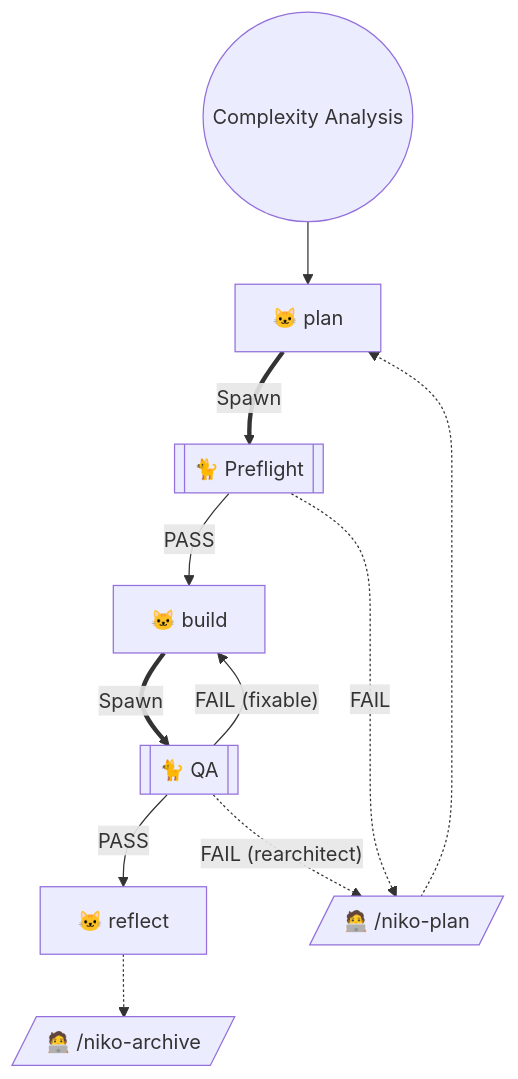
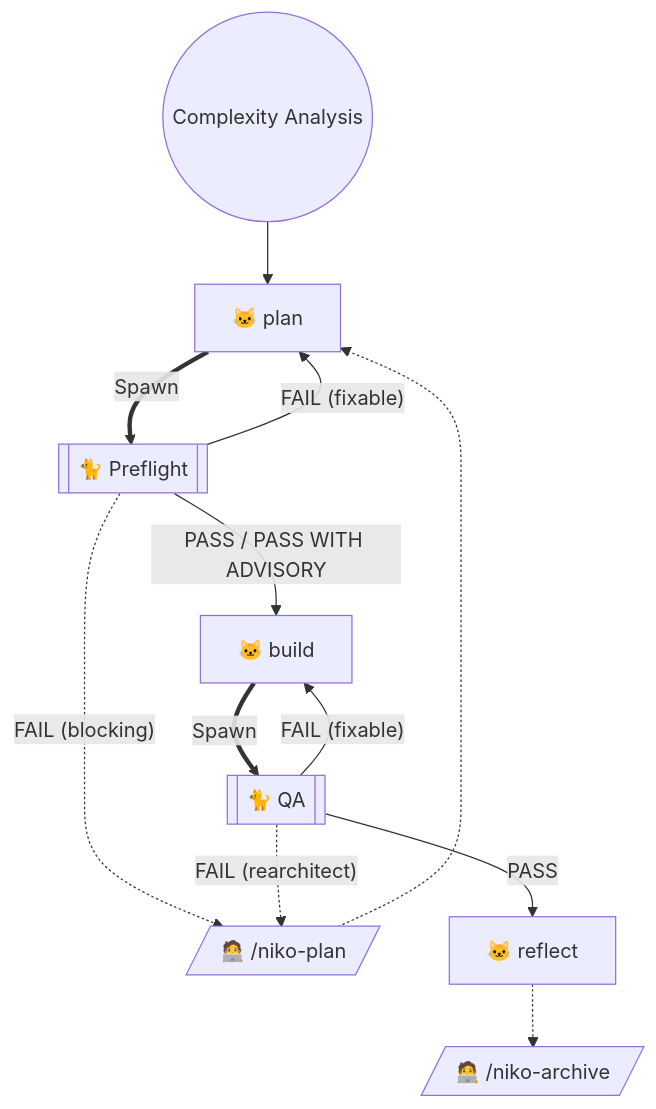
Before and after one commit to Texarkanine/devblog: the diagram in .cursor/skills/shared/niko/references/level2/level2-workflow.md, drawn with Mermaid. The commit also changed other lines of this file and 8 other files, not shown here.

````diff
--- a/.cursor/skills/shared/niko/references/level2/level2-workflow.md
+++ b/.cursor/skills/shared/niko/references/level2/level2-workflow.md
@@ -9,15 +9,16 @@
 ```mermaid
 graph TD
     Start(("Complexity Analysis")) --> NikoPlan["🐱 plan"]
     NikoPlan ==Spawn==> NikoPreflight[["🐈 Preflight"]]
-    NikoPreflight -->|"PASS"| NikoBuild["🐱 build"]
-    NikoPreflight -.->|"FAIL"| ManualPlan[/"🧑‍💻 /niko-plan"/]
+    NikoPreflight -->|"PASS / PASS WITH ADVISORY"| NikoBuild["🐱 build"]
+    NikoPreflight -->|"FAIL (fixable)"| NikoPlan
+    NikoPreflight -.->|"FAIL (blocking)"| ManualPlan[/"🧑‍💻 /niko-plan"/]
 
     NikoBuild ==Spawn==> NikoQA[["🐈 QA"]]
     NikoQA -->|"PASS"| NikoReflect["🐱 reflect"]
     NikoReflect -.-> ManualArchive[/"🧑‍💻 /niko-archive"/]
     NikoQA -->|"FAIL (fixable)"| NikoBuild
     NikoQA -.->|"FAIL (rearchitect)"| ManualPlan
 
     ManualPlan -.-> NikoPlan
 ```
````
